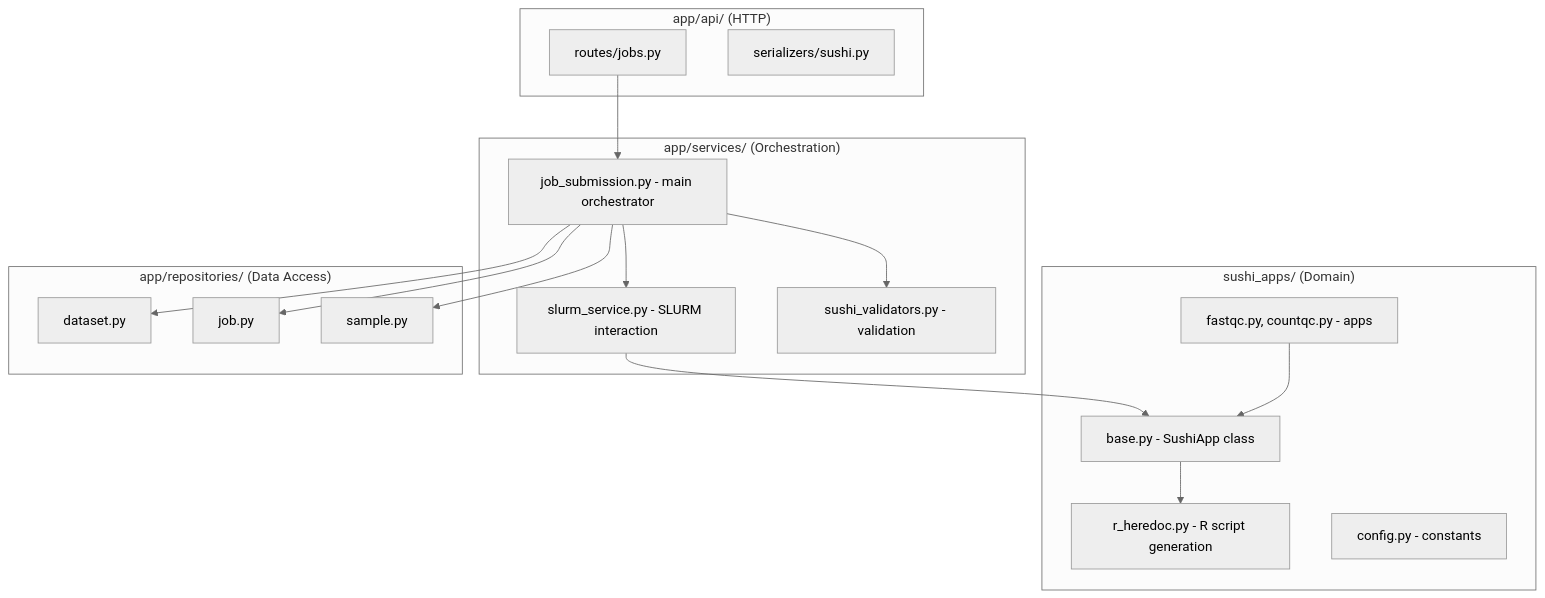
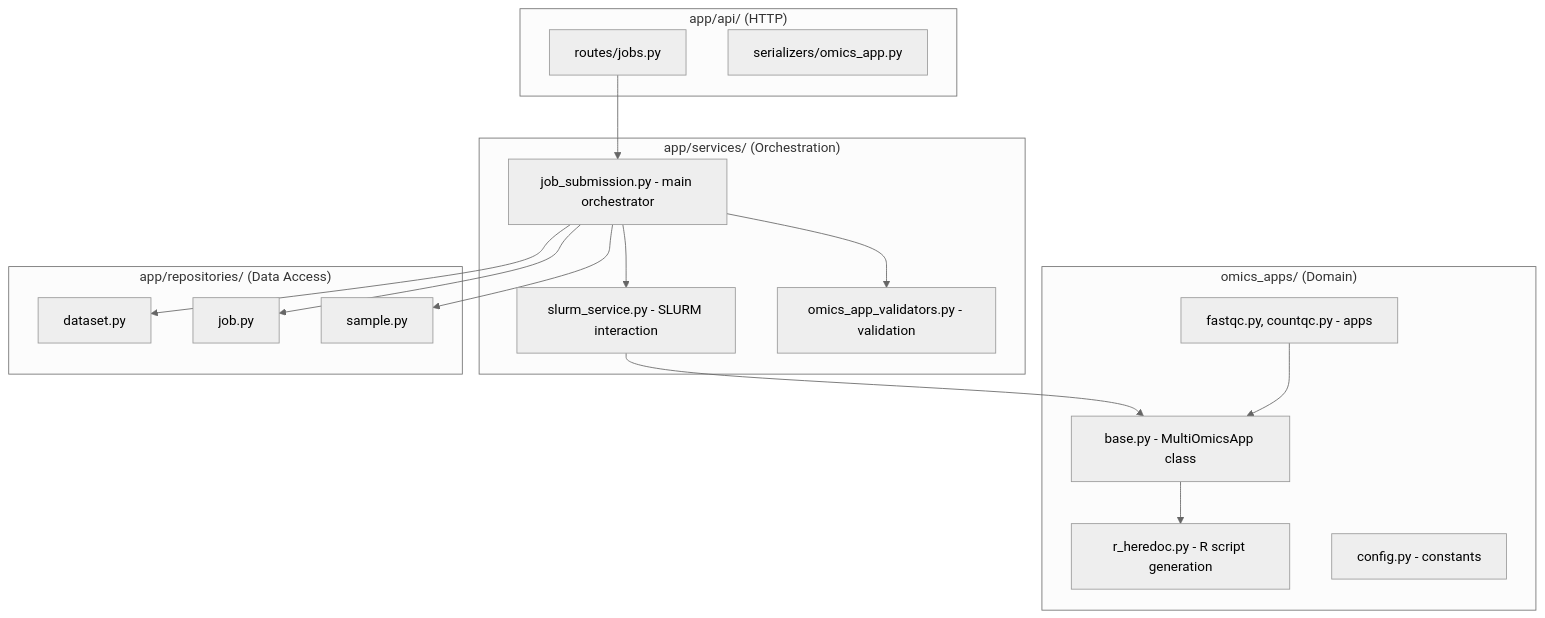
The fourth of 4 diagrams in backend_python/docs/submit_flow.md (fgcz/New_SUSHI_2025), drawn with Mermaid (neutral theme) before and after one commit. The commit also changed other lines of this file and 65 other files, not shown here.

Commit message:
REBRAND OF SUSHI to MultiOmicsStudio

````diff
--- a/backend_python/docs/submit_flow.md
+++ b/backend_python/docs/submit_flow.md
@@ -148,33 +148,33 @@
 ```mermaid
 flowchart TD
-    subgraph sushi_apps["sushi_apps/ (Domain)"]
-        SA1[base.py - SushiApp class]
+    subgraph omics_apps["omics_apps/ (Domain)"]
+        SA1[base.py - MultiOmicsApp class]
         SA2[r_heredoc.py - R script generation]
         SA3[config.py - constants]
         SA4[fastqc.py, countqc.py - apps]
     end
 
     subgraph services["app/services/ (Orchestration)"]
         SV1[job_submission.py - main orchestrator]
         SV2[slurm_service.py - SLURM interaction]
-        SV3[sushi_validators.py - validation]
+        SV3[omics_app_validators.py - validation]
     end
 
     subgraph repos["app/repositories/ (Data Access)"]
         R1[dataset.py]
         R2[job.py]
         R3[sample.py]
     end
 
     subgraph api["app/api/ (HTTP)"]
         API1[routes/jobs.py]
-        API2[serializers/sushi.py]
+        API2[serializers/omics_app.py]
     end
 
     API1 --> SV1
     SV1 --> SV2 & SV3
     SV1 --> R1 & R2 & R3
     SV2 --> SA1
     SA1 --> SA2
     SA4 --> SA1
 ```
````
